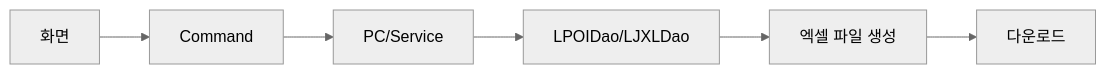
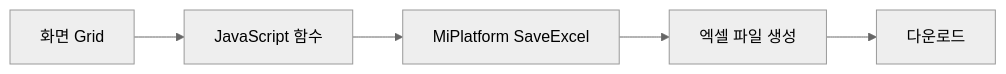
The diagram in 03.analysis_results/033.platform-services/0333.Solutions/E.Excel-라이브러리.md (forsylph/nph), drawn with Mermaid (neutral theme) before and after one commit. The commit also changed other lines of this file and 7 other files, not shown here.

````diff
--- a/03.analysis_results/033.platform-services/0333.Solutions/E.Excel-라이브러리.md
+++ b/03.analysis_results/033.platform-services/0333.Solutions/E.Excel-라이브러리.md
@@ -66,8 +75,7 @@
 ```mermaid
 flowchart LR
-    A[화면] --> B[Command]
-    B --> C[PC/Service]
-    C --> D[LPOIDao/LJXLDao]
-    D --> E[엑셀 파일 생성]
-    E --> F[다운로드]
+    A[화면 Grid] --> B[JavaScript 함수]
+    B --> C[MiPlatform SaveExcel]
+    C --> D[엑셀 파일 생성]
+    D --> E[다운로드]
 ```
````
